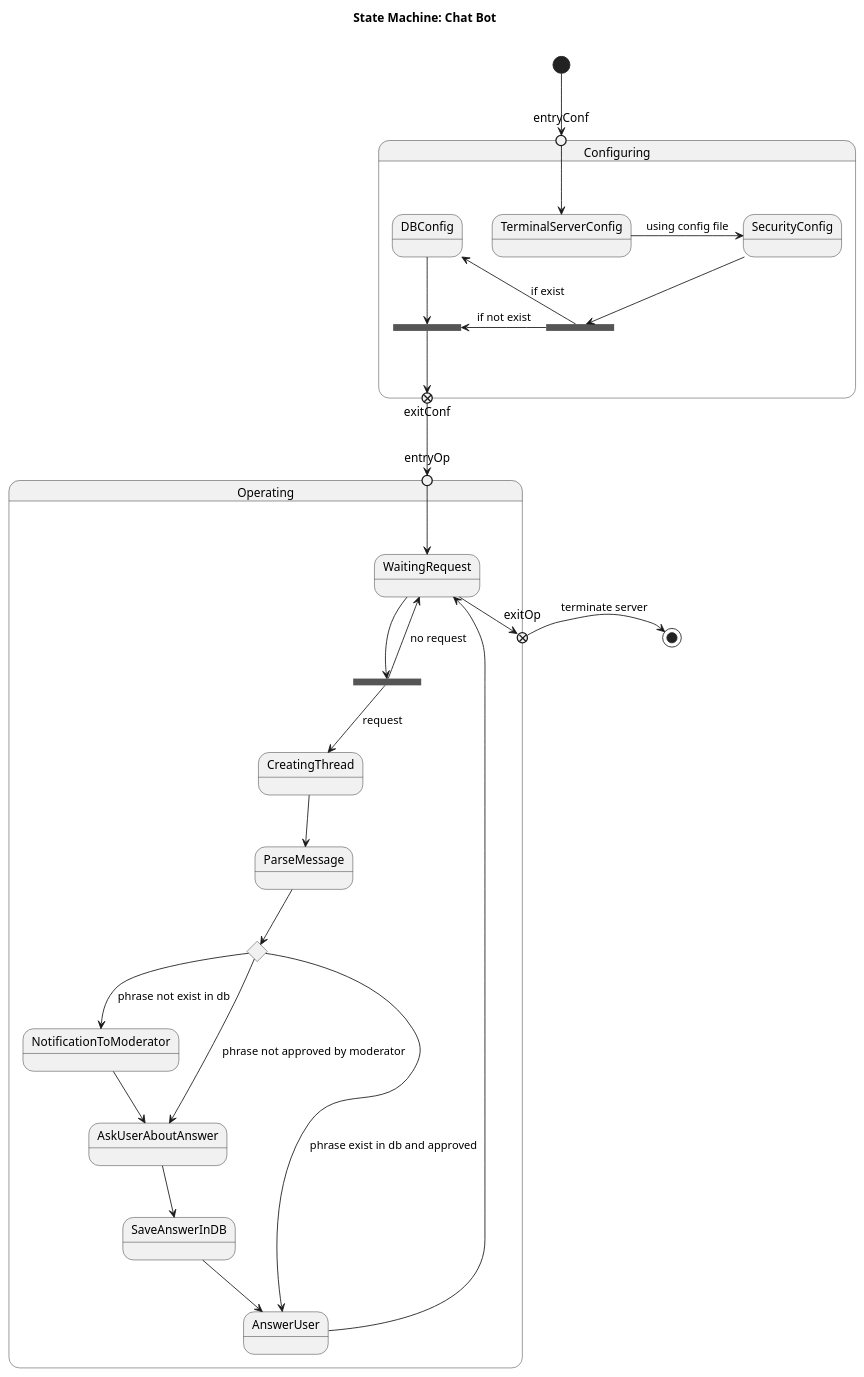
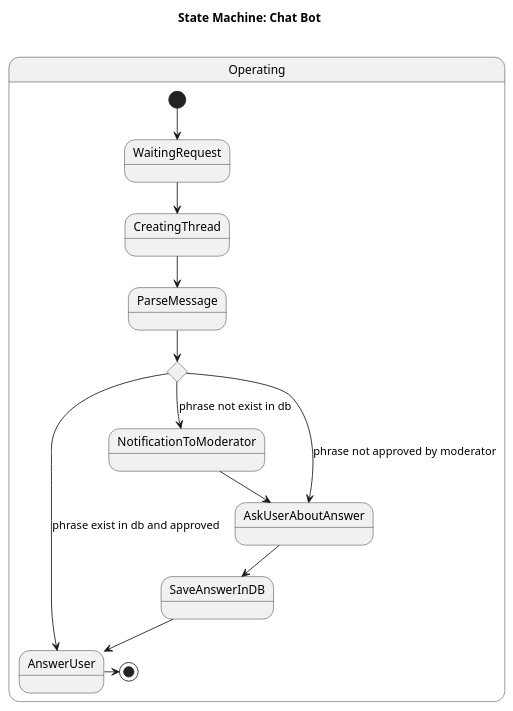
One commit to govorun17/diplom changed the diagram in 5 State Mashine.puml. Above: the diagram before and after it, drawn with PlantUML. The commit also changed 19 other files, not shown here.

```diff
--- a/5 State Mashine.puml
+++ b/5 State Mashine.puml
@@ -1,46 +1,45 @@
 @startuml
 title State Machine: Chat Bot \n
 
-state Configuring {
-    state fork_DB_in <<fork>>
-    state fork_DB_out <<fork>>
-    state entryConf <<entryPoint>>
-    state exitConf <<exitPoint>>
+'state Configuring {
+'    state fork_DB_in <<fork>>
+'    state fork_DB_out <<fork>>
+'    state entryConf <<entryPoint>>
+'    state exitConf <<exitPoint>>
+'
+'    entryConf --> TerminalServerConfig
+'    TerminalServerConfig -right-> SecurityConfig : using config file
+'    SecurityConfig --> fork_DB_in
+'    fork_DB_in -left-> DBConfig : if exist
+'    DBConfig --> fork_DB_out
+'    fork_DB_in -left-> fork_DB_out : if not exist
+'    fork_DB_out --> exitConf
+'}
 
-    entryConf --> TerminalServerConfig
-    TerminalServerConfig -right-> SecurityConfig : using config file
-    SecurityConfig --> fork_DB_in
-    fork_DB_in -left-> DBConfig : if exist
-    DBConfig --> fork_DB_out
-    fork_DB_in -left-> fork_DB_out : if not exist
-    fork_DB_out --> exitConf
-}
 
-[*] --> entryConf
 
 state Operating {
-    state entryOp <<entryPoint>>
-    state exitOp <<exitPoint>>
-    state fork_Request <<fork>>
+'    state fork_Request <<fork>>
     state choice_DB <<choice>>
 
-    entryOp --> WaitingRequest
-    WaitingRequest --> fork_Request
-    fork_Request --> WaitingRequest : no request
-    fork_Request --> CreatingThread : request
+    [*] --> WaitingRequest
+'    entryOp --> WaitingRequest
+    WaitingRequest --> CreatingThread
+'    fork_Request --> WaitingRequest : no request
+'    fork_Request --> CreatingThread : request
     CreatingThread --> ParseMessage
     ParseMessage --> choice_DB
     choice_DB --> NotificationToModerator : phrase not exist in db
     choice_DB --> AskUserAboutAnswer : phrase not approved by moderator
     choice_DB --> AnswerUser : phrase exist in db and approved
     NotificationToModerator --> AskUserAboutAnswer
     AskUserAboutAnswer --> SaveAnswerInDB
     SaveAnswerInDB --> AnswerUser
-    AnswerUser --> WaitingRequest
-    WaitingRequest -right-> exitOp
+    AnswerUser -> [*]
+'    WaitingRequest -right-> exitOp
 }
 
-exitOp -> [*] : terminate server
-
-exitConf --> entryOp
+'exitOp -> [*] : terminate server
+'
+'exitConf --> entryOp
 @enduml
```
